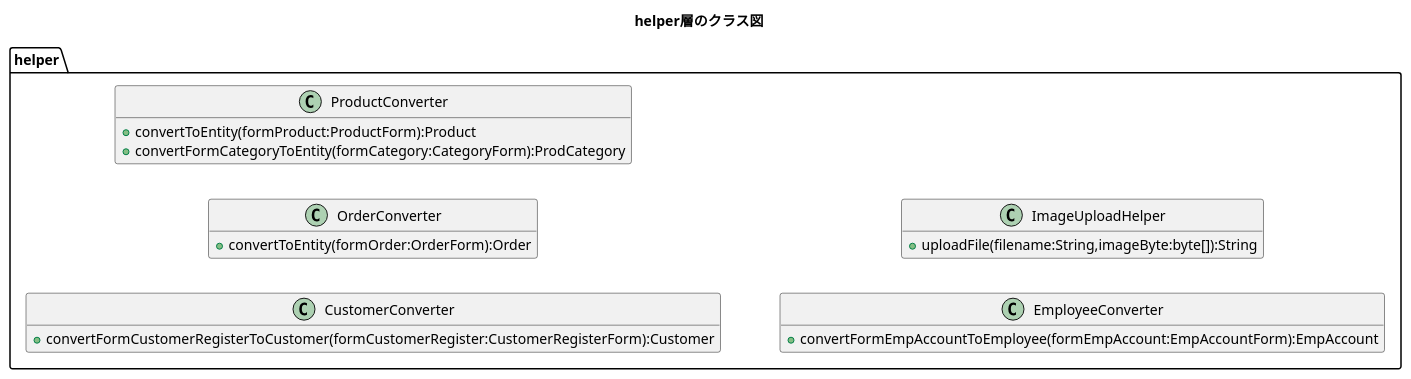
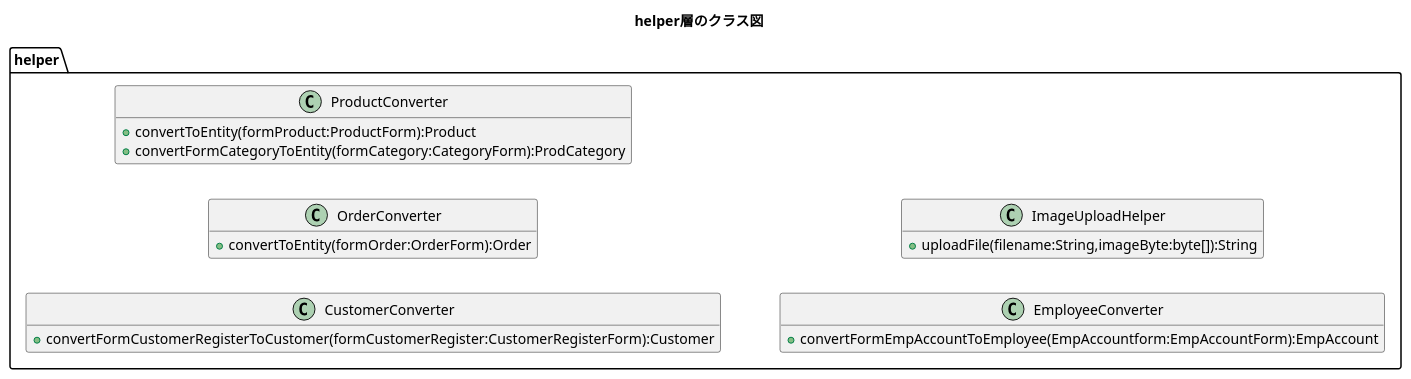
One commit to kanavii3333/ec-b changed the diagram in plan/uml/class/helper.plantuml. Above: the diagram before and after it, drawn with PlantUML. The commit also changed 8 other files, not shown here.

```diff
--- a/plan/uml/class/helper.plantuml
+++ b/plan/uml/class/helper.plantuml
@@ -1,28 +1,28 @@
 @startuml
 title helper層のクラス図
 hide empty members
 left to right direction
 
 package helper{
     class CustomerConverter{
         +convertFormCustomerRegisterToCustomer(formCustomerRegister:CustomerRegisterForm):Customer
     }
 
     class OrderConverter{
         +convertToEntity(formOrder:OrderForm):Order
     }
 
     class ProductConverter{
         +convertToEntity(formProduct:ProductForm):Product
         +convertFormCategoryToEntity(formCategory:CategoryForm):ProdCategory
     }
 
     class EmployeeConverter{
-        +convertFormEmpAccountToEmployee(formEmpAccount:EmpAccountForm):EmpAccount
+        +convertFormEmpAccountToEmployee(EmpAccountform:EmpAccountForm):EmpAccount
     }
     
     class ImageUploadHelper{
     	+uploadFile(filename:String,imageByte:byte[]):String
     }
 }
 @enduml
```
